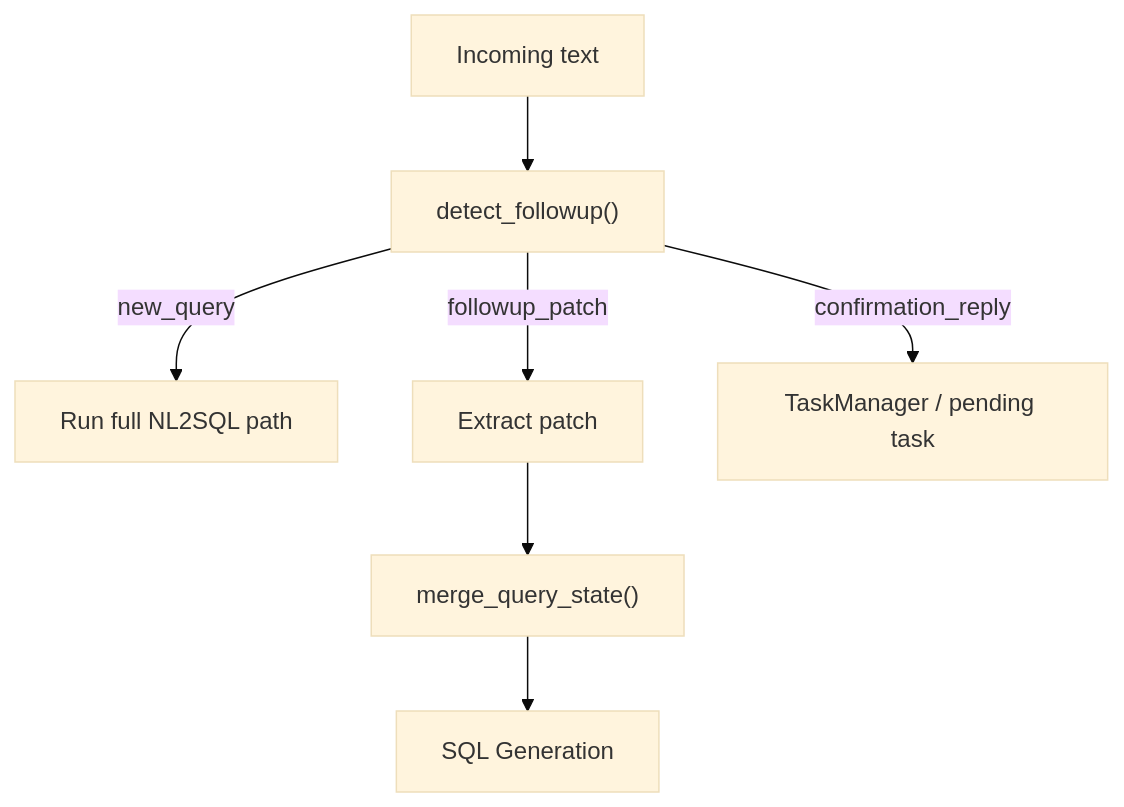
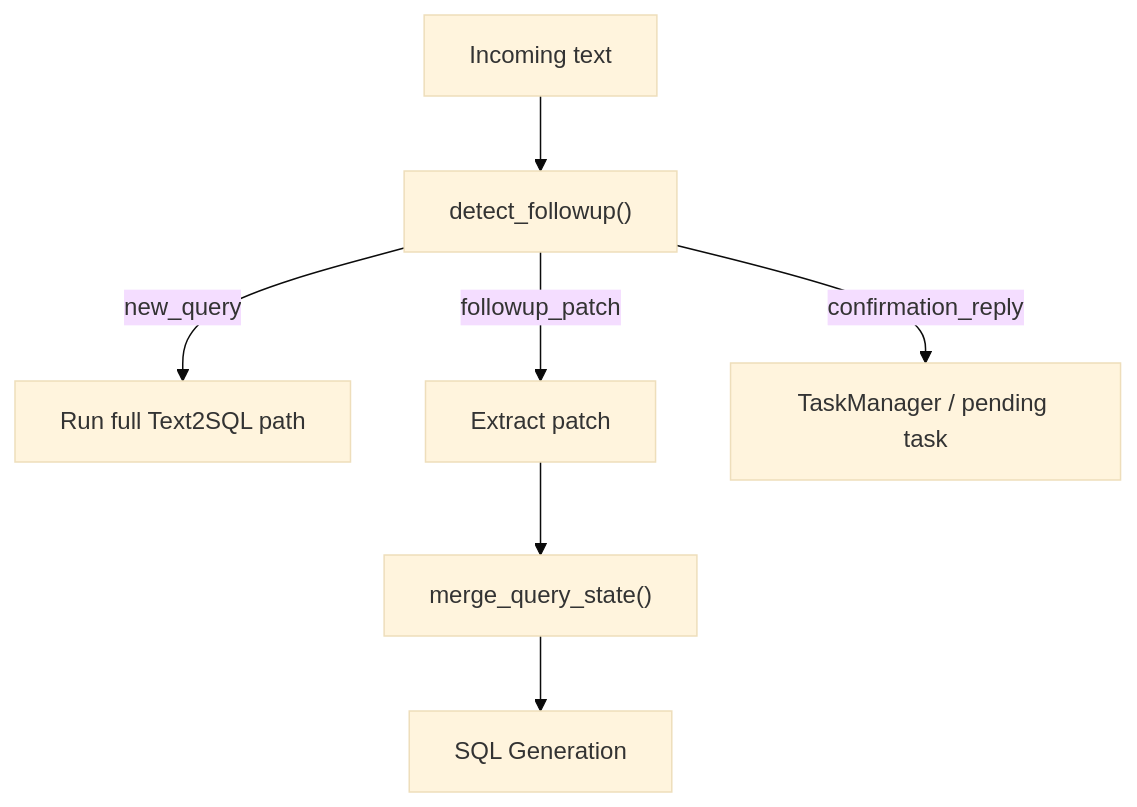
Before and after one commit to frankzh0330/query-agent: the fourth of 5 diagrams in docs/ARCHITECTURE.md, drawn with Mermaid (base theme). The commit also changed other lines of this file and 46 other files, not shown here.

````diff
--- a/docs/ARCHITECTURE.md
+++ b/docs/ARCHITECTURE.md
@@ -209,9 +228,9 @@
 ```mermaid
 flowchart TD
     Q["Incoming text"] --> D["detect_followup()"]
-    D -->|new_query| N["Run full NL2SQL path"]
+    D -->|new_query| N["Run full Text2SQL path"]
     D -->|followup_patch| P["Extract patch"]
     P --> M["merge_query_state()"]
     M --> S["SQL Generation"]
     D -->|confirmation_reply| T["TaskManager / pending task"]
 ```
````
